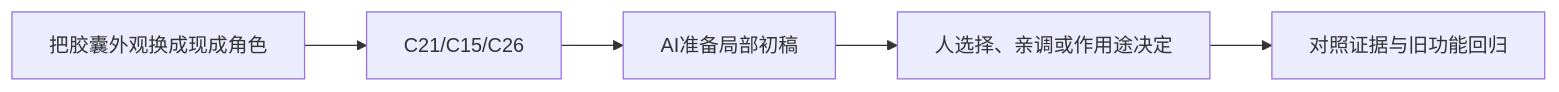
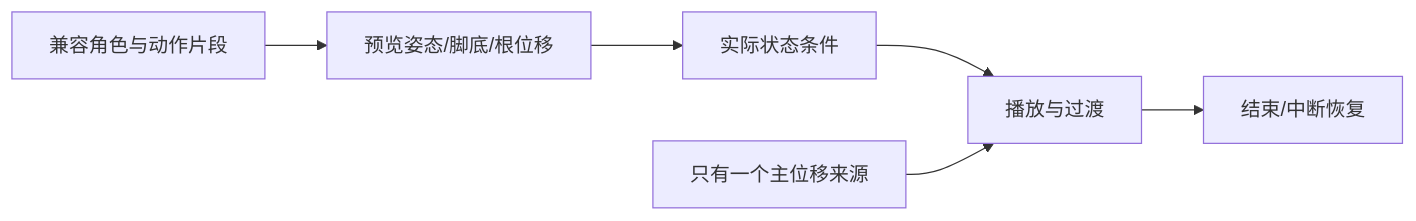
One commit to Zilur/ai-3d-game-learning changed the diagram in curriculum/lessons/I01.md. Above: the diagram before and after it, drawn with Mermaid. The commit also changed other lines of this file and 164 other files, not shown here.

Commit message:
docs: publish 47 step-by-step AI lesson flows, world upgrade and optional training corner

````diff
--- a/curriculum/lessons/I01.md
+++ b/curriculum/lessons/I01.md
@@ -38,7 +35,8 @@
 ```mermaid
 flowchart LR
-  S["把胶囊外观换成现成角色"] --> K["C21/C15/C26"]
-  K --> AI["AI准备局部初稿"]
-  AI --> H["人选择、亲调或作用途决定"]
-  H --> V["对照证据与旧功能回归"]
+ S["兼容角色与动作片段"] --> P["预览姿态/脚底/根位移"]
+ P --> C["实际状态条件"]
+ C --> A["播放与过渡"]
+ A --> R["结束/中断恢复"]
+ M["只有一个主位移来源"] --> A
 ```
````
